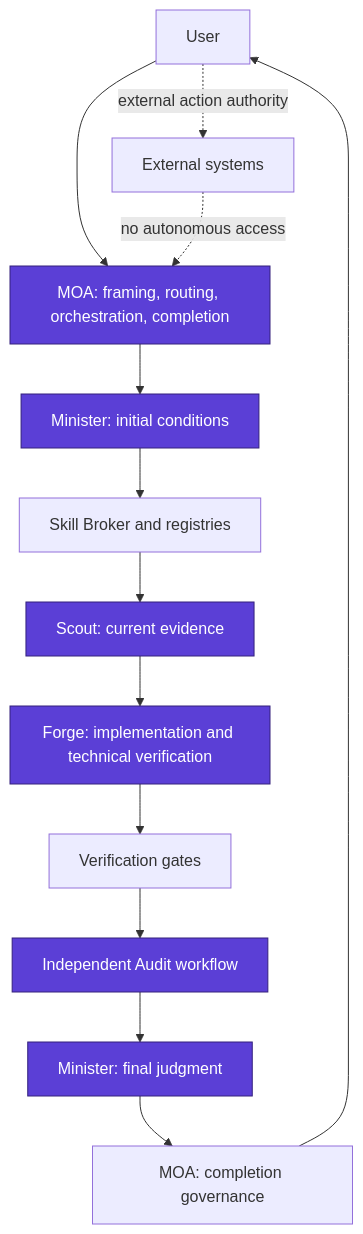
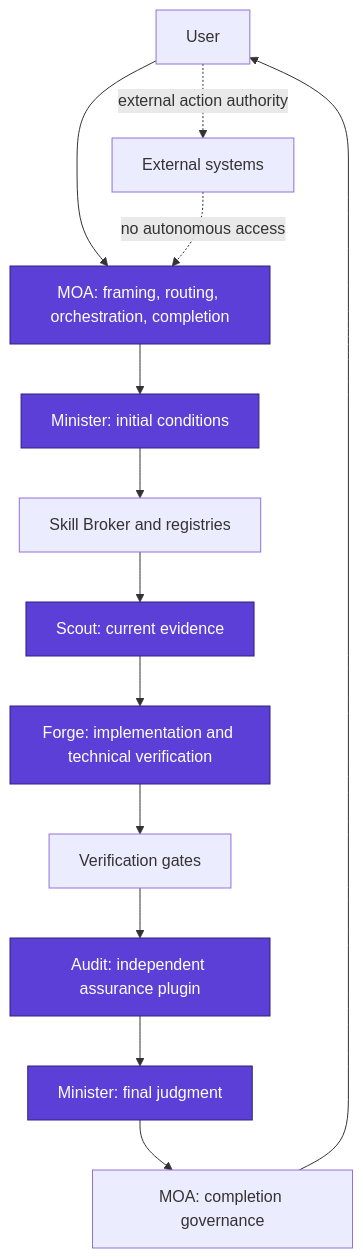
Before and after one commit to jyotheshkar/agentic-core: the diagram in docs/architecture/agentic-core.mmd, drawn with Mermaid. The commit also changed 38 other files, not shown here.

Commit message:
feat: add standalone Audit assurance agent

```diff
--- a/docs/architecture/agentic-core.mmd
+++ b/docs/architecture/agentic-core.mmd
@@ -1,15 +1,15 @@
 flowchart TD
   User[User] --> MOA[MOA: framing, routing, orchestration, completion]
   MOA --> MinisterInitial[Minister: initial conditions]
   MinisterInitial --> Broker[Skill Broker and registries]
   Broker --> Scout[Scout: current evidence]
   Scout --> Forge[Forge: implementation and technical verification]
   Forge --> Verification[Verification gates]
-  Verification --> Audit[Independent Audit workflow]
+  Verification --> Audit[Audit: independent assurance plugin]
   Audit --> MinisterFinal[Minister: final judgment]
   MinisterFinal --> Completion[MOA: completion governance]
   Completion --> User
   User -. external action authority .-> External[External systems]
   External -. no autonomous access .-> MOA
   classDef authority fill:#5B3FD6,color:#fff,stroke:#34217d
   class MOA,MinisterInitial,MinisterFinal,Scout,Forge,Audit authority
```
